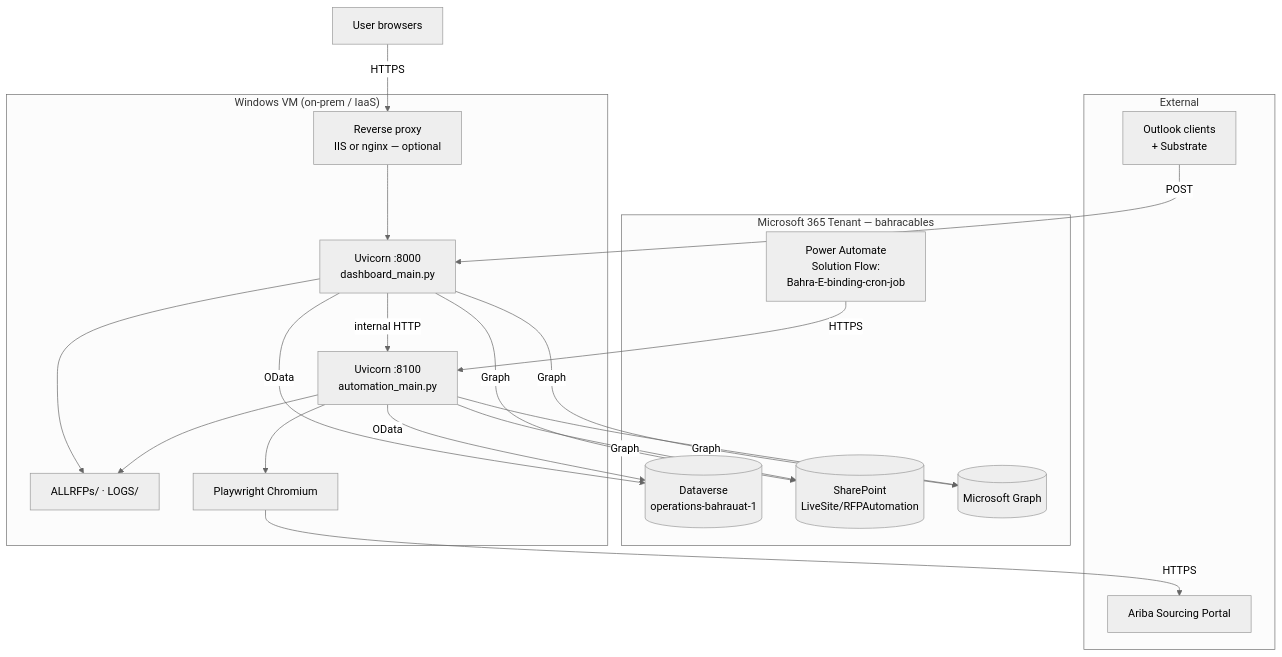
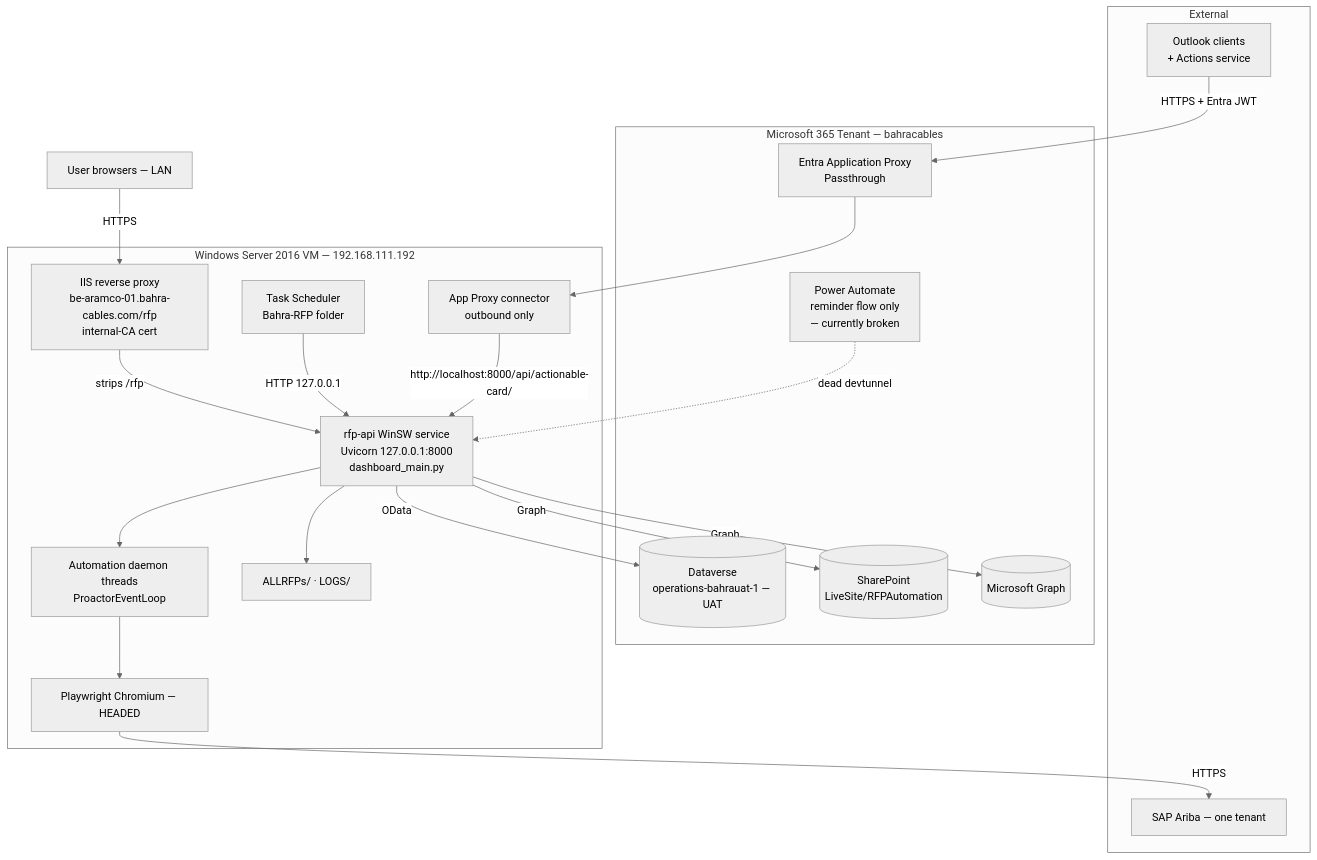
One commit to ManishDyna/RFP-Automation changed the seventh of 7 diagrams in docs/02-architecture/04-SAD-Software-Architecture-Document.md. Above: the diagram before and after it, drawn with Mermaid. The commit also changed other lines of this file and 24 other files, not shown here.

````diff
--- a/docs/02-architecture/04-SAD-Software-Architecture-Document.md
+++ b/docs/02-architecture/04-SAD-Software-Architecture-Document.md
@@ -469,43 +560,46 @@
 ```mermaid
 %%{init: {'theme':'neutral'}}%%
 flowchart TB
     subgraph cloud["Microsoft 365 Tenant — bahracables"]
-        DV[(Dataverse<br/>operations-bahrauat-1)]
+        DV[(Dataverse<br/>operations-bahrauat-1 — UAT)]
         SP[(SharePoint<br/>LiveSite/RFPAutomation)]
         GR[(Microsoft Graph)]
-        PA[Power Automate<br/>Solution Flow:<br/>Bahra-E-binding-cron-job]
+        PA[Power Automate<br/>reminder flow only<br/>— currently broken]
+        APXY[Entra Application Proxy<br/>Passthrough]
     end
 
     subgraph external["External"]
-        ARIBA[Ariba Sourcing Portal]
-        OUTLOOK[Outlook clients<br/>+ Substrate]
+        ARIBA[SAP Ariba — one tenant]
+        OUTLOOK[Outlook clients<br/>+ Actions service]
     end
 
-    subgraph vm["Windows VM (on-prem / IaaS)"]
-        UV1[Uvicorn :8000<br/>dashboard_main.py]
-        UV2[Uvicorn :8100<br/>automation_main.py]
+    subgraph vm["Windows Server 2016 VM — 192.168.111.192"]
+        IIS[IIS reverse proxy<br/>be-aramco-01.bahra-cables.com/rfp<br/>internal-CA cert]
+        UV1[rfp-api WinSW service<br/>Uvicorn 127.0.0.1:8000<br/>dashboard_main.py]
+        THR[Automation daemon threads<br/>ProactorEventLoop]
         FILES[ALLRFPs/ · LOGS/]
-        CHROME[Playwright Chromium]
-        PROXY[Reverse proxy<br/>IIS or nginx — optional]
+        CHROME[Playwright Chromium — HEADED]
+        TS[Task Scheduler<br/>Bahra-RFP folder]
+        CONN[App Proxy connector<br/>outbound only]
     end
 
-    BR[User browsers]
+    BR[User browsers — LAN]
 
-    BR -- HTTPS --> PROXY
-    PROXY --> UV1
-    UV1 -- internal HTTP --> UV2
-    UV2 --> CHROME
+    BR -- HTTPS --> IIS
+    IIS -- strips /rfp --> UV1
+    UV1 --> THR
+    THR --> CHROME
     CHROME -- HTTPS --> ARIBA
+
+    TS -- HTTP 127.0.0.1 --> UV1
+    PA -. dead devtunnel .-> UV1
 
     UV1 -- OData --> DV
     UV1 -- Graph --> SP
     UV1 -- Graph --> GR
-    UV2 -- OData --> DV
-    UV2 -- Graph --> SP
-    UV2 -- Graph --> GR
 
-    PA -- HTTPS --> UV2
-    OUTLOOK -- POST --> UV1
+    OUTLOOK -- HTTPS + Entra JWT --> APXY
+    APXY --> CONN
+    CONN -- http://localhost:8000/api/actionable-card/ --> UV1
     UV1 --> FILES
-    UV2 --> FILES
 ```
````
